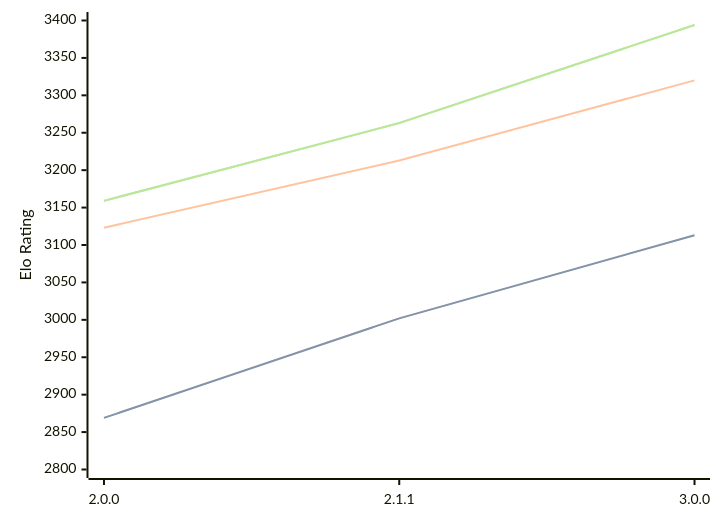
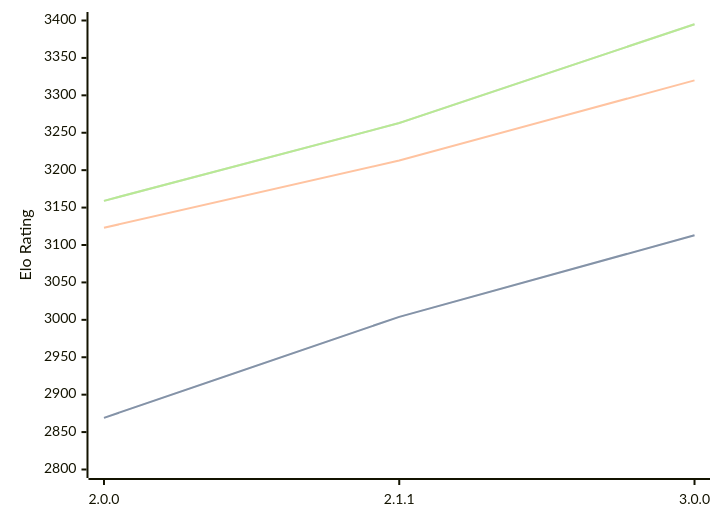
Before and after one commit to computer-chess-index/cci: the diagram in engines/Bread.md, drawn with Mermaid. The commit also changed other lines of this file, not shown here.

Commit message:
Update CCI Ratings (ELO VLTC) - 2026-09-27

````diff
--- a/engines/Bread.md
+++ b/engines/Bread.md
@@ -36,11 +36,11 @@
 ```mermaid
 %%{init: {"theme":"base","themeVariables":{"seriesColors:['#a3a3a3','#222221','#faa371']}}}%%
 xychart-beta
   x-axis ["2.0.0", "2.1.1", "3.0.0"]
   y-axis "Elo Rating" 2800 --> 3400
-  line "" [2869, 3002, 3113]
-  line "STC (8.0+0.08s)" [2869, 3002, 3113]
+  line "" [2869, 3004, 3113]
+  line "STC (8.0+0.08s)" [2869, 3004, 3113]
   line "LTC (60.0+0.60s)" [3123, 3213, 3320]
-  line "" [3159, 3263, 3394]
-  line "VLTC (2m24s+1.12s)" [3159, 3263, 3394]
+  line "" [3159, 3263, 3395]
+  line "VLTC (2m24s+1.12s)" [3159, 3263, 3395]
 ```
````
